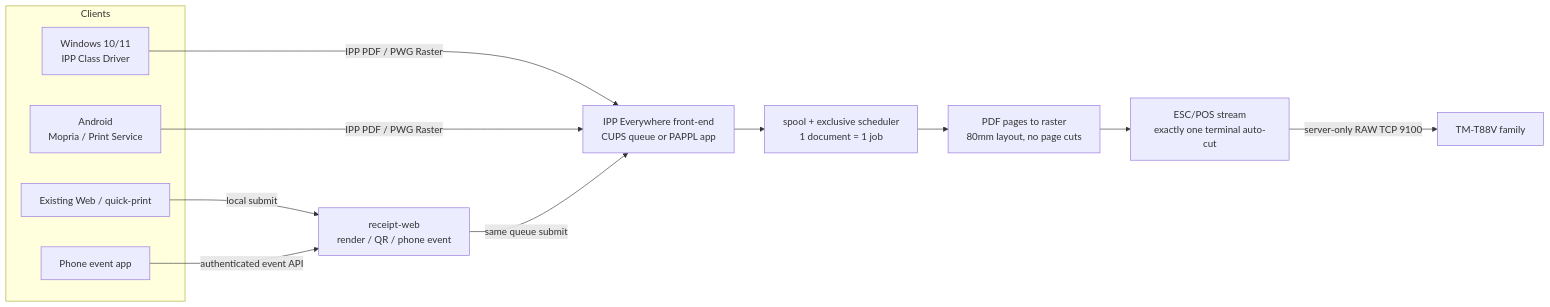
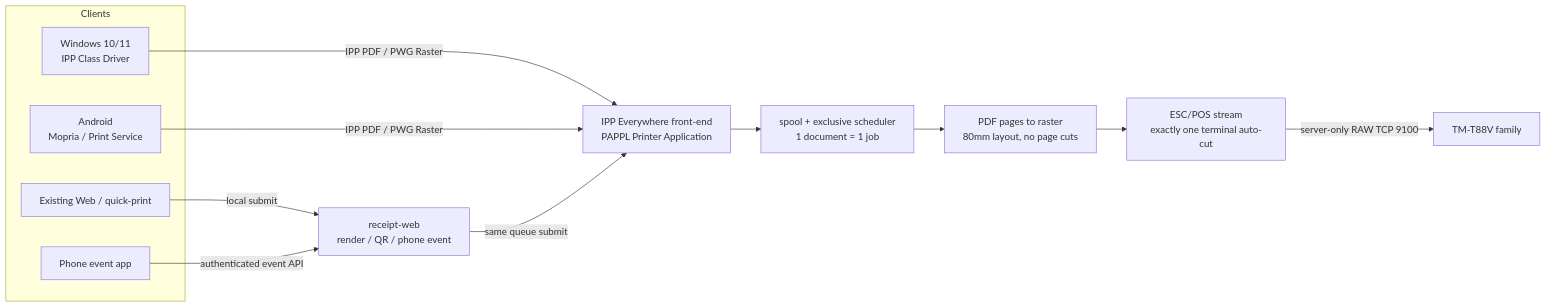
One commit to Karin-Laboratory/receipt-printer-web changed the diagram in docs/generic-printer/04-recommended-architecture.md. Above: the diagram before and after it, drawn with Mermaid. The commit also changed other lines of this file and 5 other files, not shown here.

Commit message:
docs: finalize phase 0 receipt printer audit

````diff
--- a/docs/generic-printer/04-recommended-architecture.md
+++ b/docs/generic-printer/04-recommended-architecture.md
@@ -7,25 +7,18 @@
 ```mermaid
 flowchart LR
   subgraph Clients
-    W[Windows 10/11
-IPP Class Driver]
-    A[Android
-Mopria / Print Service]
+    W[Windows 10/11<br/>IPP Class Driver]
+    A[Android<br/>Mopria / Print Service]
     B[Existing Web / quick-print]
     P[Phone event app]
   end
   W -->|IPP PDF / PWG Raster| Q
   A -->|IPP PDF / PWG Raster| Q
   B -->|local submit| WEB
   P -->|authenticated event API| WEB
-  WEB[receipt-web
-render / QR / phone event] -->|same queue submit| Q
-  Q[IPP Everywhere front-end
-CUPS queue or PAPPL app] --> S[spool + exclusive scheduler
-1 document = 1 job]
-  S --> F[PDF pages to raster
-80mm layout, no page cuts]
-  F --> E[ESC/POS stream
-exactly one terminal auto-cut]
+  WEB[receipt-web<br/>render / QR / phone event] -->|same queue submit| Q
+  Q[IPP Everywhere front-end<br/>PAPPL Printer Application] --> S[spool + exclusive scheduler<br/>1 document = 1 job]
+  S --> F[PDF pages to raster<br/>80mm layout, no page cuts]
+  F --> E[ESC/POS stream<br/>exactly one terminal auto-cut]
   E -->|server-only RAW TCP 9100| T[TM-T88V family]
 ```
````
